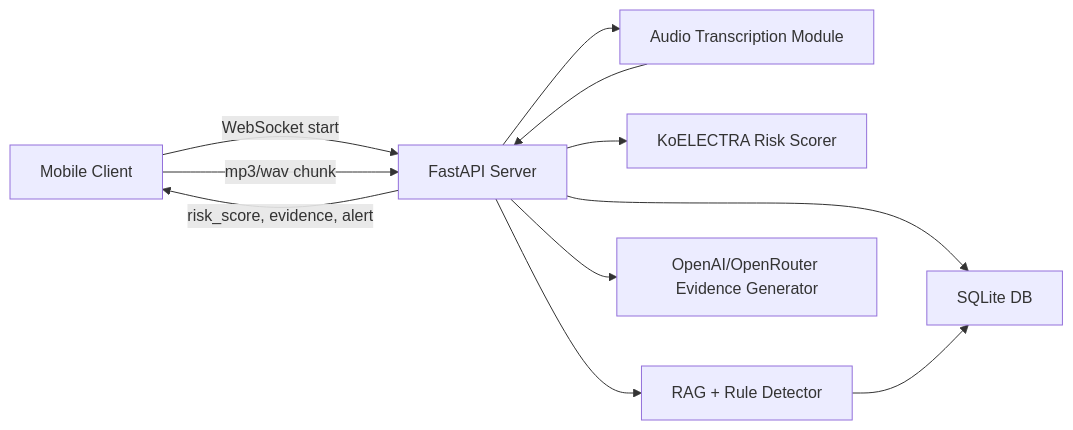
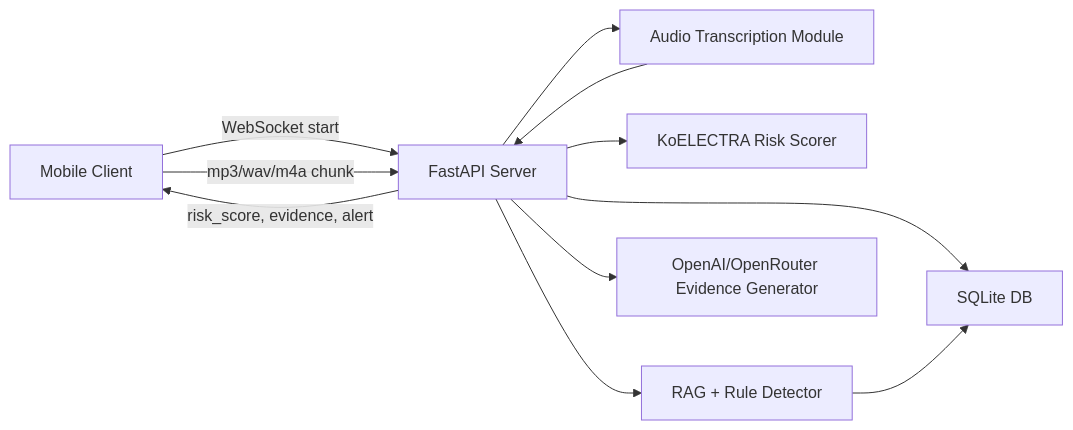
The diagram in README.md (KNU-AI-BOOT-7/KNU_AI_BOOT_Project), drawn with Mermaid before and after one commit. The commit also changed other lines of this file and 4 other files, not shown here.

````diff
--- a/README.md
+++ b/README.md
@@ -39,13 +39,13 @@
 ```mermaid
 flowchart LR
     Client["Mobile Client"] -->|WebSocket start| API["FastAPI Server"]
-    Client -->|mp3/wav chunk| API
+    Client -->|mp3/wav/m4a chunk| API
     API --> STT["Audio Transcription Module"]
     STT --> API
     API --> DB["SQLite DB"]
     API --> KE["KoELECTRA Risk Scorer"]
     API --> RAG["RAG + Rule Detector"]
     RAG --> DB
     API --> LLM["OpenAI/OpenRouter Evidence Generator"]
     API -->|risk_score, evidence, alert| Client
 ```
````
